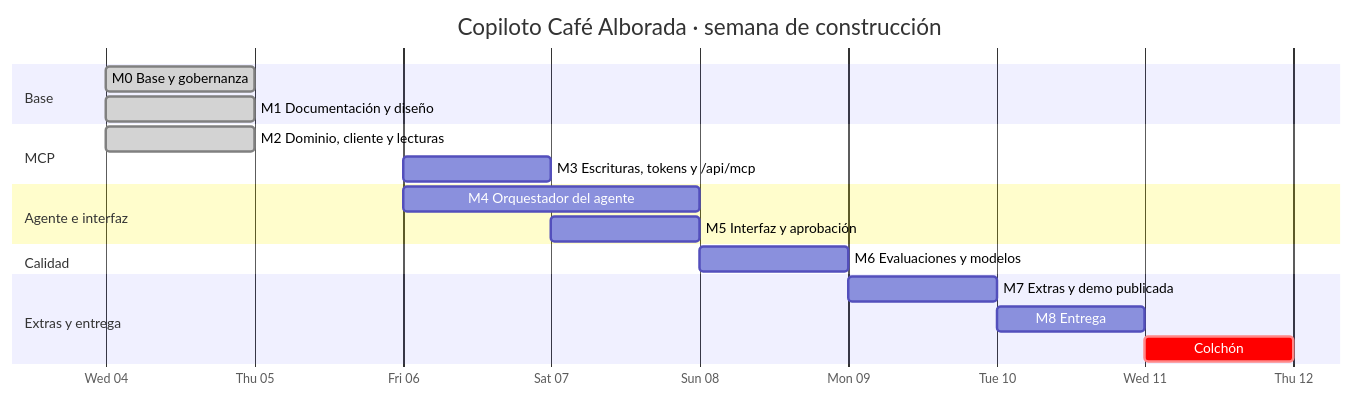
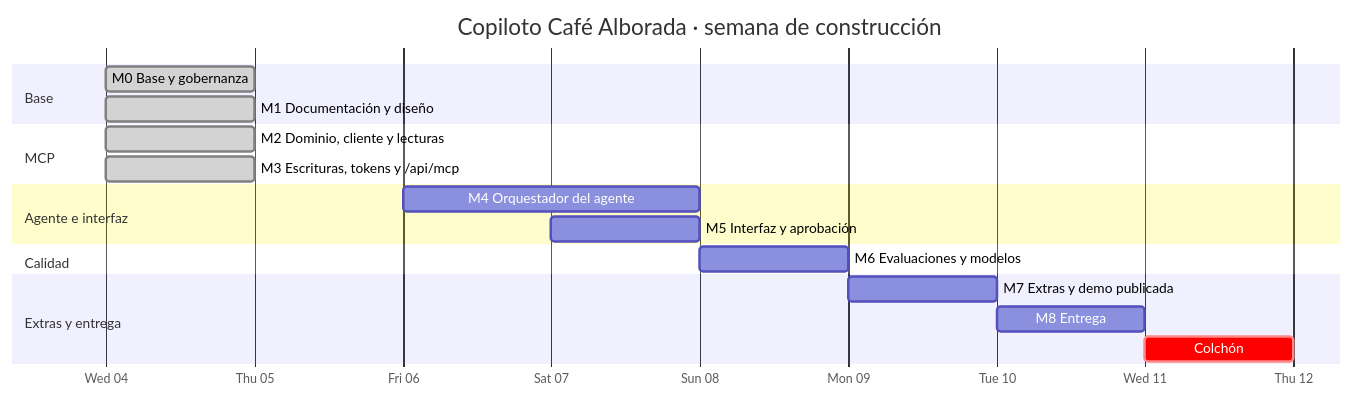
One commit to omonroyt/pt_luyoa changed the first of 3 diagrams in docs/specs/09_PLAN_IMPLEMENTACION.md. Above: the diagram before and after it, drawn with Mermaid. The commit also changed other lines of this file and 1 other file, not shown here.

Commit message:
docs(docs): registra la verificación de escritura contra la api real y cierra el hito 3
Respuestas reales de crear y enviar, confirmación del envío y M3 como hecho.

````diff
--- a/docs/specs/09_PLAN_IMPLEMENTACION.md
+++ b/docs/specs/09_PLAN_IMPLEMENTACION.md
@@ -17,26 +17,26 @@
 ```mermaid
 gantt
     title Copiloto Café Alborada · semana de construcción
     dateFormat YYYY-MM-DD
     axisFormat %a %d
 
     section Base
     M0 Base y gobernanza                 :done, m0, 2026-11-04, 1d
     M1 Documentación y diseño            :done, m1, 2026-11-04, 1d
 
     section MCP
     M2 Dominio, cliente y lecturas       :done, m2, 2026-11-04, 1d
-    M3 Escrituras, tokens y /api/mcp     :m3, 2026-11-06, 1d
+    M3 Escrituras, tokens y /api/mcp     :done, m3, 2026-11-04, 1d
 
     section Agente e interfaz
     M4 Orquestador del agente            :m4, 2026-11-06, 2d
     M5 Interfaz y aprobación             :m5, 2026-11-07, 1d
 
     section Calidad
     M6 Evaluaciones y modelos            :m6, 2026-11-08, 1d
 
     section Extras y entrega
     M7 Extras y demo publicada           :m7, 2026-11-09, 1d
     M8 Entrega                           :m8, 2026-11-10, 1d
     Colchón                              :crit, buf, 2026-11-11, 1d
 ```
````
